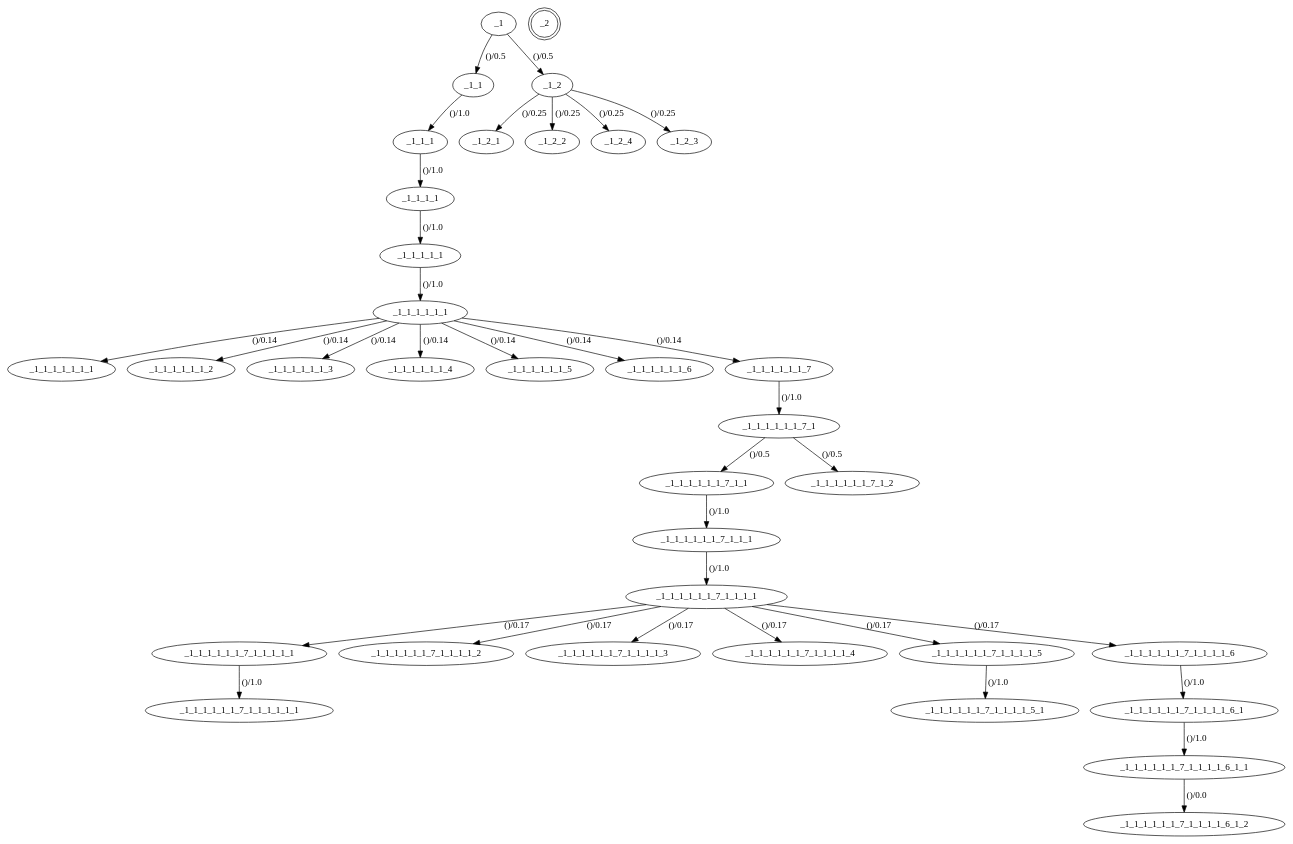
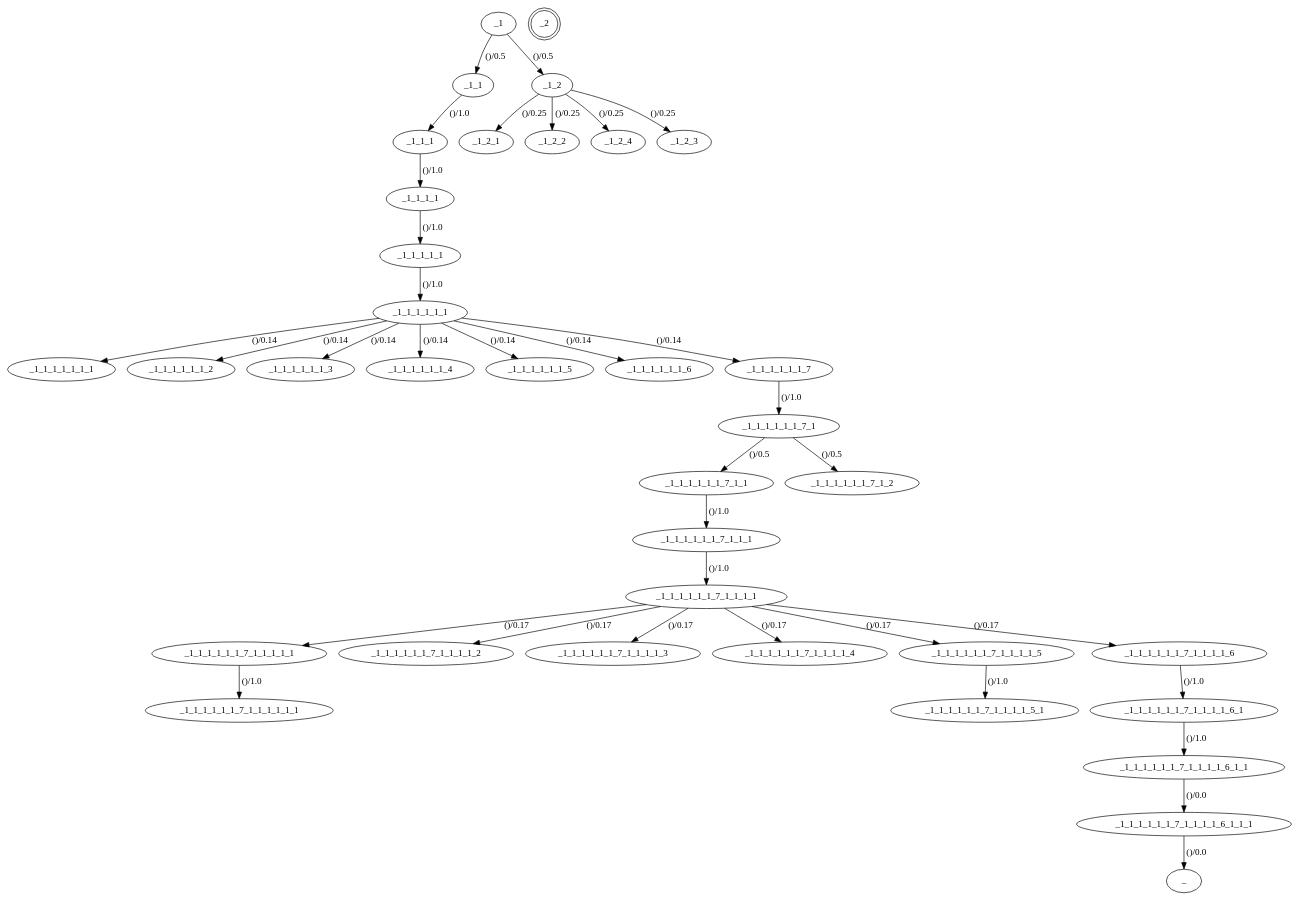
The diagram in qauto_deco/pagemodel/structure.gv (helttu/slideco-tests), drawn with Graphviz before and after one commit. The commit also changed 7 other files, not shown here.

```diff
--- a/qauto_deco/pagemodel/structure.gv
+++ b/qauto_deco/pagemodel/structure.gv
@@ -1,72 +1,73 @@
 digraph default_model {
 //States
 _1
 _1_1_1
 _1_1
 _1_1_1_1
 _1_1_1_1_1
 _1_1_1_1_1_1
 _1_1_1_1_1_1_1
 _1_1_1_1_1_1_2
 _1_1_1_1_1_1_3
 _1_1_1_1_1_1_4
 _1_1_1_1_1_1_5
 _1_1_1_1_1_1_6
 _1_1_1_1_1_1_7
 _1_1_1_1_1_1_7_1
 _1_1_1_1_1_1_7_1_1
 _1_1_1_1_1_1_7_1_1_1
 _1_1_1_1_1_1_7_1_1_1_1
 _1_1_1_1_1_1_7_1_1_1_1_1
 _1_1_1_1_1_1_7_1_1_1_1_2
 _1_1_1_1_1_1_7_1_1_1_1_3
 _1_1_1_1_1_1_7_1_1_1_1_4
 _1_1_1_1_1_1_7_1_1_1_1_5
 _1_1_1_1_1_1_7_1_1_1_1_5_1
 _1_1_1_1_1_1_7_1_2
 _1_2
 _1_2_1
 _1_2_2
 _1_1_1_1_1_1_7_1_1_1_1_1_1
 _1_1_1_1_1_1_7_1_1_1_1_6
 _1_1_1_1_1_1_7_1_1_1_1_6_1
 _1_2_4
 _1_2_3
 _1_1_1_1_1_1_7_1_1_1_1_6_1_1
-_1_1_1_1_1_1_7_1_1_1_1_6_1_2
+_1_1_1_1_1_1_7_1_1_1_1_6_1_1_1
 _2[shape = "doublecircle"]
 //Transitions
 _1 -> _1_1[ label = "()/0.5", probability = "0.5", set_guard = "(u'', u'')", check_guard = "(u'', u'')", edge_id = "fc549930-c01f-11e5-bdbc-a94980e8de8d"]
 _1_1 -> _1_1_1[ label = "()/1.0", probability = "1.0", set_guard = "(u'', u'')", check_guard = "(u'', u'')", edge_id = "fe4879ee-c01f-11e5-8b18-a94980e8de8d"]
 _1_1_1 -> _1_1_1_1[ label = "()/1.0", probability = "1.0", set_guard = "(u'', u'')", check_guard = "(u'', u'')", edge_id = "ac323121-c02d-11e5-8503-a94980e8de8d"]
 _1_1_1_1 -> _1_1_1_1_1[ label = "()/1.0", probability = "1.0", set_guard = "(u'', u'')", check_guard = "(u'', u'')", edge_id = "2e873671-c02e-11e5-a260-a94980e8de8d"]
 _1_1_1_1_1 -> _1_1_1_1_1_1[ label = "()/1.0", probability = "1.0", set_guard = "(u'', u'')", check_guard = "(u'', u'')", edge_id = "fa83d631-c032-11e5-aabc-a94980e8de8d"]
 _1_1_1_1_1_1 -> _1_1_1_1_1_1_1[ label = "()/0.14", probability = "0.142857142857", set_guard = "(u'', u'')", check_guard = "(u'', u'')", edge_id = "8bbcdc9f-c038-11e5-88a6-a94980e8de8d"]
 _1_1_1_1_1_1 -> _1_1_1_1_1_1_2[ label = "()/0.14", probability = "0.142857142857", set_guard = "(u'', u'')", check_guard = "(u'', u'')", edge_id = "e2cac7ef-c038-11e5-b7d3-a94980e8de8d"]
 _1_1_1_1_1_1 -> _1_1_1_1_1_1_3[ label = "()/0.14", probability = "0.142857142857", set_guard = "(u'', u'')", check_guard = "(u'', u'')", edge_id = "0b82f9ae-c039-11e5-b3ff-a94980e8de8d"]
 _1_1_1_1_1_1 -> _1_1_1_1_1_1_4[ label = "()/0.14", probability = "0.142857142857", set_guard = "(u'', u'')", check_guard = "(u'', u'')", edge_id = "3bceb6e2-c039-11e5-9122-a94980e8de8d"]
 _1_1_1_1_1_1 -> _1_1_1_1_1_1_5[ label = "()/0.14", probability = "0.142857142857", set_guard = "(u'', u'')", check_guard = "(u'', u'')", edge_id = "fdcfa1a1-c039-11e5-8b14-a94980e8de8d"]
 _1_1_1_1_1_1 -> _1_1_1_1_1_1_6[ label = "()/0.14", probability = "0.142857142857", set_guard = "(u'', u'')", check_guard = "(u'', u'')", edge_id = "ff775e30-c039-11e5-93ba-a94980e8de8d"]
 _1_1_1_1_1_1 -> _1_1_1_1_1_1_7[ label = "()/0.14", probability = "0.142857142857", set_guard = "(u'', u'')", check_guard = "(u'', u'')", edge_id = "01636f5f-c03d-11e5-94c1-a94980e8de8d"]
 _1_1_1_1_1_1_7 -> _1_1_1_1_1_1_7_1[ label = "()/1.0", probability = "1.0", set_guard = "(u'', u'')", check_guard = "(u'', u'')", edge_id = "63c5beb1-c03d-11e5-986f-a94980e8de8d"]
 _1_1_1_1_1_1_7_1 -> _1_1_1_1_1_1_7_1_1[ label = "()/0.5", probability = "0.5", set_guard = "(u'', u'')", check_guard = "(u'', u'')", edge_id = "81ed66c1-c03f-11e5-b923-a94980e8de8d"]
 _1_1_1_1_1_1_7_1_1 -> _1_1_1_1_1_1_7_1_1_1[ label = "()/1.0", probability = "1.0", set_guard = "(u'', u'')", check_guard = "(u'', u'')", edge_id = "80083690-c040-11e5-a873-a94980e8de8d"]
 _1_1_1_1_1_1_7_1_1_1 -> _1_1_1_1_1_1_7_1_1_1_1[ label = "()/1.0", probability = "1.0", set_guard = "(u'', u'')", check_guard = "(u'', u'')", edge_id = "110f70e2-c041-11e5-8143-a94980e8de8d"]
 _1_1_1_1_1_1_7_1_1_1_1 -> _1_1_1_1_1_1_7_1_1_1_1_1[ label = "()/0.17", probability = "0.166666666667", set_guard = "(u'', u'')", check_guard = "(u'', u'')", edge_id = "cb99f522-c041-11e5-8451-a94980e8de8d"]
 _1_1_1_1_1_1_7_1_1_1_1 -> _1_1_1_1_1_1_7_1_1_1_1_2[ label = "()/0.17", probability = "0.166666666667", set_guard = "(u'', u'')", check_guard = "(u'', u'')", edge_id = "018954a1-c042-11e5-88d0-a94980e8de8d"]
 _1_1_1_1_1_1_7_1_1_1_1 -> _1_1_1_1_1_1_7_1_1_1_1_3[ label = "()/0.17", probability = "0.166666666667", set_guard = "(u'', u'')", check_guard = "(u'', u'')", edge_id = "2f99eede-c042-11e5-a975-a94980e8de8d"]
 _1_1_1_1_1_1_7_1_1_1_1 -> _1_1_1_1_1_1_7_1_1_1_1_4[ label = "()/0.17", probability = "0.166666666667", set_guard = "(u'', u'')", check_guard = "(u'', u'')", edge_id = "59dcb841-c042-11e5-a3d8-a94980e8de8d"]
 _1_1_1_1_1_1_7_1_1_1_1 -> _1_1_1_1_1_1_7_1_1_1_1_5[ label = "()/0.17", probability = "0.166666666667", set_guard = "(u'', u'')", check_guard = "(u'', u'')", edge_id = "9ddb07e2-c042-11e5-a824-a94980e8de8d"]
 _1_1_1_1_1_1_7_1_1_1_1_5 -> _1_1_1_1_1_1_7_1_1_1_1_5_1[ label = "()/1.0", probability = "1.0", set_guard = "(u'', u'')", check_guard = "(u'', u'')", edge_id = "a6ca075e-c0c0-11e5-bbbb-a94980e8de8d"]
 _1_1_1_1_1_1_7_1 -> _1_1_1_1_1_1_7_1_2[ label = "()/0.5", probability = "0.5", set_guard = "(u'', u'')", check_guard = "(u'', u'')", edge_id = "90f4aa10-c0c2-11e5-9162-a94980e8de8d"]
 _1_2 -> _1_2_1[ label = "()/0.25", probability = "0.25", set_guard = "(u'', u'')", check_guard = "(u'', u'')", edge_id = "b18e8770-c5a2-11e5-922c-2c600cd4c6d7"]
 _1_1_1_1_1_1_7_1_1_1_1_1 -> _1_1_1_1_1_1_7_1_1_1_1_1_1[ label = "()/1.0", probability = "1.0", set_guard = "(u'', u'')", check_guard = "(u'', u'')", edge_id = "2f5d7d41-c8b5-11e5-b5b1-00247e035201"]
 _1_1_1_1_1_1_7_1_1_1_1 -> _1_1_1_1_1_1_7_1_1_1_1_6[ label = "()/0.17", probability = "0.166666666667", set_guard = "(u'', u'')", check_guard = "(u'', u'')", edge_id = "63b998ef-c8bd-11e5-b359-00247e035201"]
 _1_1_1_1_1_1_7_1_1_1_1_6 -> _1_1_1_1_1_1_7_1_1_1_1_6_1[ label = "()/1.0", probability = "1.0", set_guard = "(u'', u'')", check_guard = "(u'', u'')", edge_id = "b40472c1-c8be-11e5-b9d2-00247e035201"]
 _1 -> _1_2[ label = "()/0.5", probability = "0.5", set_guard = "(u'', u'')", check_guard = "(u'', u'')", edge_id = "d7b9c1e1-c975-11e5-b0eb-a94980e8de8d"]
 _1_2 -> _1_2_2[ label = "()/0.25", probability = "0.25", set_guard = "(u'', u'')", check_guard = "(u'', u'')", edge_id = "dfcd2bb0-c975-11e5-99fe-a94980e8de8d"]
 _1_2 -> _1_2_3[ label = "()/0.25", probability = "0.25", set_guard = "(u'', u'')", check_guard = "(u'', u'')", edge_id = "452f3561-cc06-11e5-b6e7-2c600cd4c6d7"]
 _1_2 -> _1_2_4[ label = "()/0.25", probability = "0.25", set_guard = "(u'', u'')", check_guard = "(u'', u'')", edge_id = "4f354770-cc06-11e5-a75f-2c600cd4c6d7"]
 _1_1_1_1_1_1_7_1_1_1_1_6_1 -> _1_1_1_1_1_1_7_1_1_1_1_6_1_1[ label = "()/1.0", probability = "1.0", set_guard = "(u'', u'')", check_guard = "(u'', u'')", edge_id = "6bf28cd0-cef7-11e5-9913-00247e035201"]
-_1_1_1_1_1_1_7_1_1_1_1_6_1_1 -> _1_1_1_1_1_1_7_1_1_1_1_6_1_2[ label = "()/0.0", probability = "0.0", set_guard = "('', '')", check_guard = "('', '')", edge_id = "9f1c66de-cefb-11e5-a00b-00247e035201"]
+_1_1_1_1_1_1_7_1_1_1_1_6_1_1 -> _1_1_1_1_1_1_7_1_1_1_1_6_1_1_1[ label = "()/0.0", probability = "0.0", set_guard = "('', '')", check_guard = "('', '')", edge_id = "9f1c66de-cefb-11e5-a00b-00247e035201"]
+_1_1_1_1_1_1_7_1_1_1_1_6_1_1_1 -> _[ label = "()/0.0", probability = "0.0", set_guard = "('', '')", check_guard = "('', '')", edge_id = "00ff892f-cefe-11e5-aa50-00247e035201"]
 }
```
